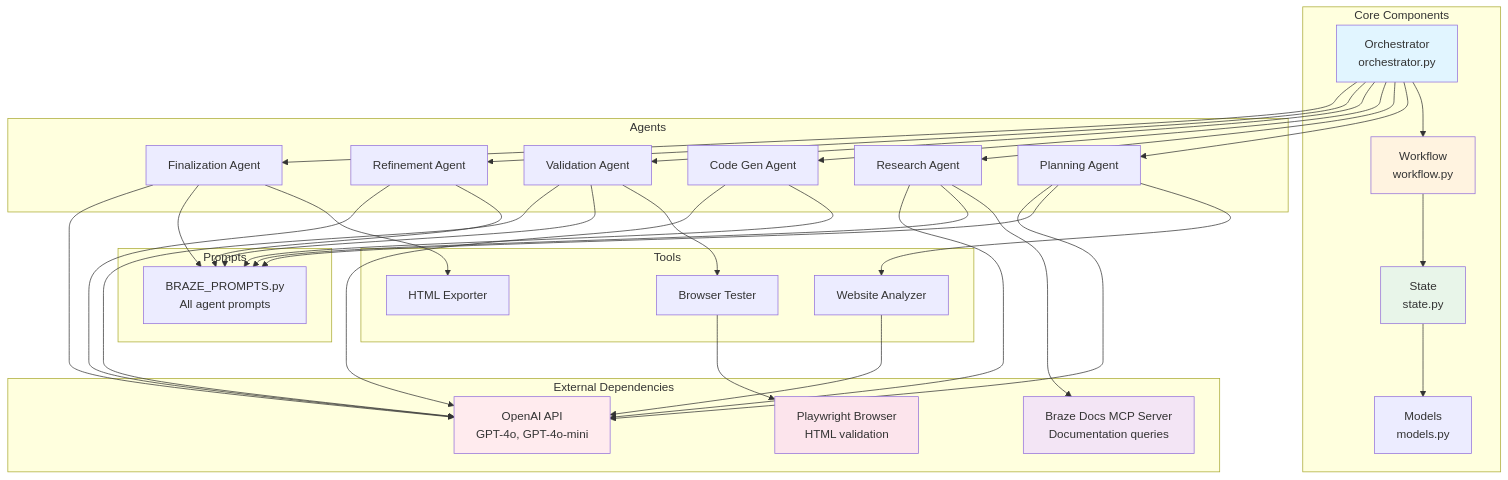
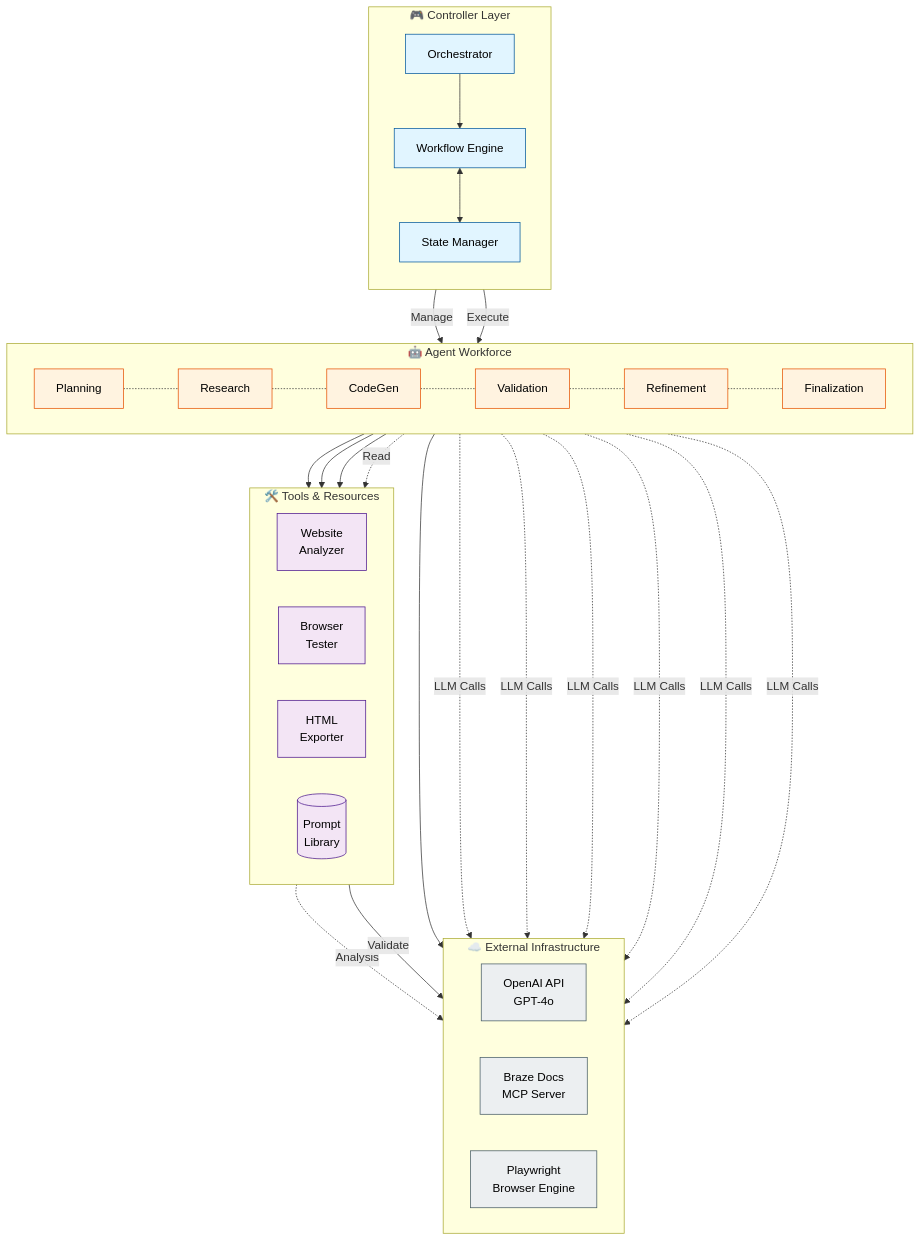
Before and after one commit to jacobjaffe972/braze-sdk-demo-builder: the sixth of 6 diagrams in docs/WORKFLOW_DIAGRAMS.md, drawn with Mermaid. The commit also changed other lines of this file, not shown here.

First line of the commit message:
fix: Add mermaid code fences to workflow diagrams for GitHub rendering

````diff
--- a/docs/WORKFLOW_DIAGRAMS.md
+++ b/docs/WORKFLOW_DIAGRAMS.md
@@ -482,77 +388,61 @@
 ```mermaid
-graph TB
-    subgraph "External Dependencies"
-        OpenAI[OpenAI API<br/>GPT-4o, GPT-4o-mini]
-        BrazeMCP[Braze Docs MCP Server<br/>Documentation queries]
-        Playwright[Playwright Browser<br/>HTML validation]
+graph TD
+    subgraph Controller["🎮 Controller Layer"]
+        direction TB
+        Orch[Orchestrator]
+        WF[Workflow Engine]
+        State[State Manager]
+
+        Orch --> WF
+        WF <--> State
     end
 
-    subgraph "Core Components"
-        Orch[Orchestrator<br/>orchestrator.py]
-        WF[Workflow<br/>workflow.py]
-        State[State<br/>state.py]
-        Models[Models<br/>models.py]
+    subgraph AgentLayer["🤖 Agent Workforce"]
+        direction LR
+        PA[Planning] -.- RA[Research]
+        RA -.- CG[CodeGen]
+        CG -.- VA[Validation]
+        VA -.- RF[Refinement]
+        RF -.- FA[Finalization]
     end
 
-    subgraph "Agents"
-        PA[Planning Agent]
-        RA[Research Agent]
-        CG[Code Gen Agent]
-        VA[Validation Agent]
-        RF[Refinement Agent]
-        FA[Finalization Agent]
+    subgraph Resources["🛠️ Tools & Resources"]
+        direction LR
+        WA[Website<br/>Analyzer]
+        BT[Browser<br/>Tester]
+        EX[HTML<br/>Exporter]
+        BP[(Prompt<br/>Library)]
     end
 
-    subgraph "Tools"
-        WA[Website Analyzer]
-        BT[Browser Tester]
-        EX[HTML Exporter]
+    subgraph Infra["☁️ External Infrastructure"]
+        direction LR
+        OpenAI[OpenAI API<br/>GPT-4o]
+        BrazeMCP[Braze Docs<br/>MCP Server]
+        Playwright[Playwright<br/>Browser Engine]
     end
 
-    subgraph "Prompts"
-        BP[BRAZE_PROMPTS.py<br/>All agent prompts]
-    end
-
-    Orch --> WF
-    Orch --> PA
-    Orch --> RA
-    Orch --> CG
-    Orch --> VA
-    Orch --> RF
-    Orch --> FA
-
-    WF --> State
-    State --> Models
+    Orch -->|Manage| PA
+    WF -->|Execute| AgentLayer
 
     PA --> WA
-    PA --> BP
-    PA --> OpenAI
+    VA --> BT
+    FA --> EX
+    RA --> BrazeMCP
 
-    RA --> BrazeMCP
-    RA --> BP
-    RA --> OpenAI
+    AgentLayer -.->|Read| BP
 
-    CG --> BP
-    CG --> OpenAI
+    PA & RA & CG & VA & RF & FA -.->|LLM Calls| OpenAI
+    WA -.->|Analysis| OpenAI
 
-    VA --> BT
-    VA --> BP
-    VA --> OpenAI
+    BT -->|Validate| Playwright
 
-    RF --> BP
-    RF --> OpenAI
+    classDef controller fill:#e1f5ff,stroke:#01579b,color:black
+    classDef agent fill:#fff3e0,stroke:#e65100,color:black
+    classDef tool fill:#f3e5f5,stroke:#4a148c,color:black
+    classDef infra fill:#eceff1,stroke:#455a64,color:black
 
-    FA --> EX
-    FA --> BP
-    FA --> OpenAI
-
-    BT --> Playwright
-    WA --> OpenAI
-
-    style Orch fill:#e1f5ff
-    style WF fill:#fff3e0
-    style State fill:#e8f5e9
-    style OpenAI fill:#ffebee
-    style BrazeMCP fill:#f3e5f5
-    style Playwright fill:#fce4ec
+    class Orch,WF,State controller
+    class PA,RA,CG,VA,RF,FA agent
+    class WA,BT,EX,BP tool
+    class OpenAI,BrazeMCP,Playwright infra
 ```
````
